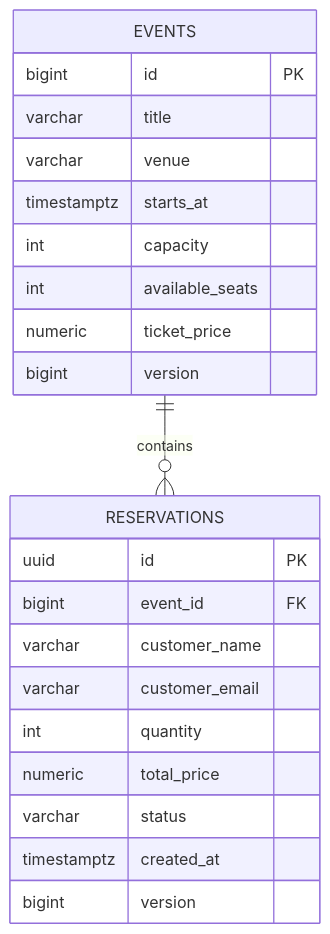
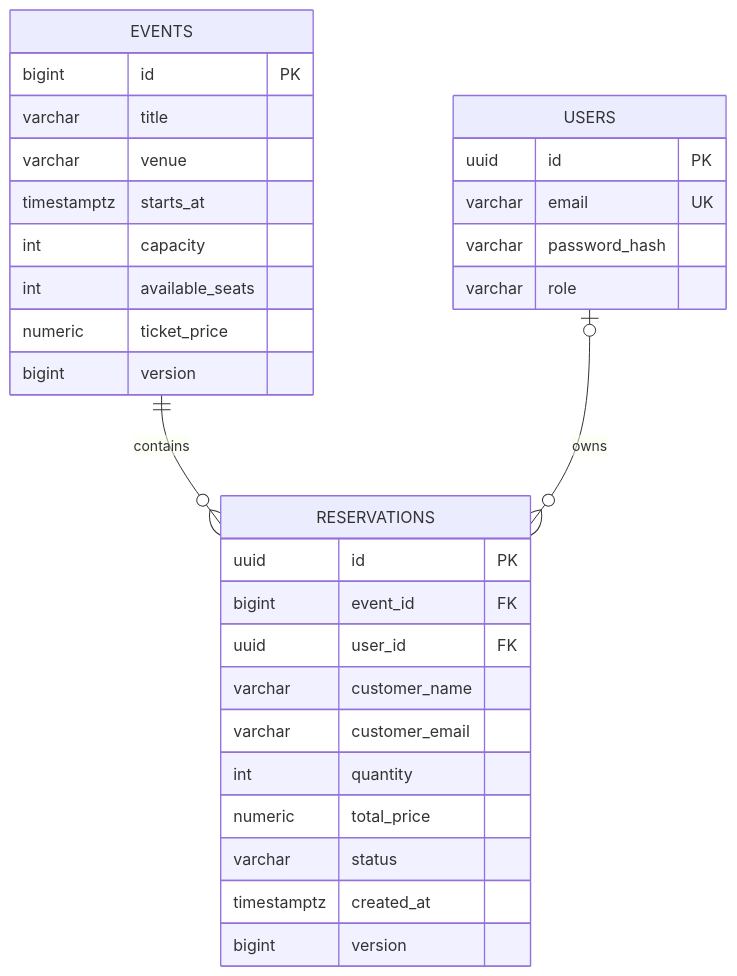
Before and after one commit to software-lecture-labs/ticket-reservation-system: the second of 2 diagrams in docs/ARCHITECTURE.md, drawn with Mermaid. The commit also changed other lines of this file and 3 other files, not shown here.

````diff
--- a/docs/ARCHITECTURE.md
+++ b/docs/ARCHITECTURE.md
@@ -45,25 +45,33 @@
 ```mermaid
 erDiagram
   EVENTS ||--o{ RESERVATIONS : contains
+  USERS o|--o{ RESERVATIONS : owns
+  USERS {
+    uuid id PK
+    varchar email UK
+    varchar password_hash
+    varchar role
+  }
   EVENTS {
     bigint id PK
     varchar title
     varchar venue
     timestamptz starts_at
     int capacity
     int available_seats
     numeric ticket_price
     bigint version
   }
   RESERVATIONS {
     uuid id PK
     bigint event_id FK
+    uuid user_id FK
     varchar customer_name
     varchar customer_email
     int quantity
     numeric total_price
     varchar status
     timestamptz created_at
     bigint version
   }
 ```
````
